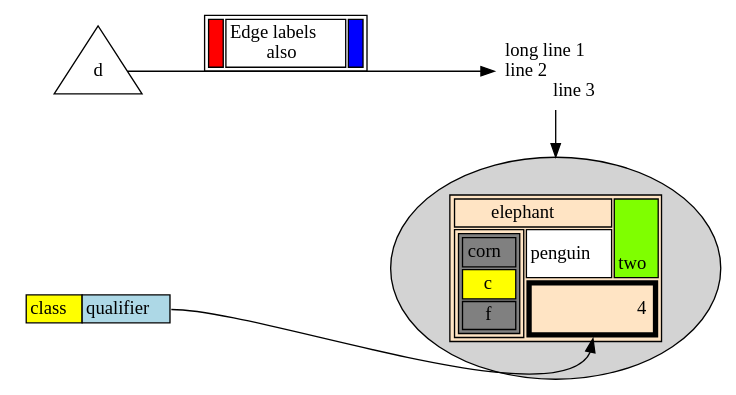
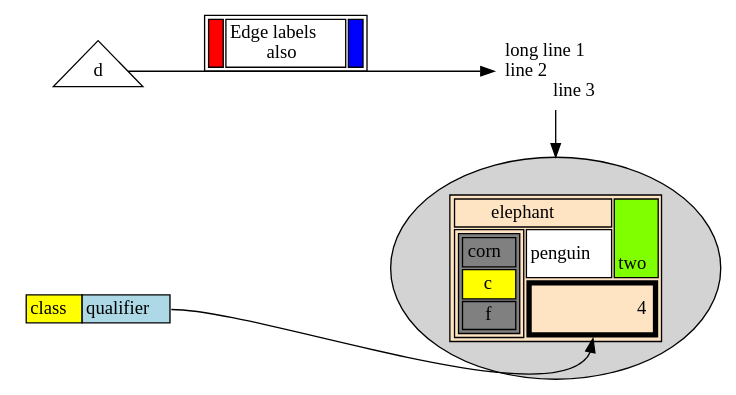
One commit to ellson/MOTHBALLED-graphviz changed the diagram in rtest/nshare/html2_dot.dot. Above: the diagram before and after it, drawn with Graphviz.

Commit message:
new baseline for regression tests for graphviz-2.18

```diff
--- a/rtest/nshare/html2_dot.dot
+++ b/rtest/nshare/html2_dot.dot
@@ -1,40 +1,40 @@
 digraph G {
 	graph [rankdir=LR];
 	node [label="\N", shape=plaintext];
-	graph [bb="0,0,444,271"];
+	graph [bb="0,0,458,271"];
 	{
 		graph [rank=same,
 			bb=""];
 		b [label=<
 <TABLE BGCOLOR="bisque">
   <TR><TD COLSPAN="3">elephant</TD> 
       <TD ROWSPAN="2" BGCOLOR="chartreuse" 
           VALIGN="bottom" ALIGN="right">two</TD> </TR>
   <TR><TD COLSPAN="2" ROWSPAN="2">
         <TABLE BGCOLOR="grey">
           <TR> <TD>corn</TD> </TR> 
           <TR> <TD BGCOLOR="yellow">c</TD> </TR> 
           <TR> <TD>f</TD> </TR> 
         </TABLE> </TD>
       <TD BGCOLOR="white">penguin</TD> 
   </TR> 
   <TR> <TD COLSPAN="2" BORDER="4" ALIGN="right" PORT="there">4</TD> </TR>
-</TABLE>>, shape=ellipse, style=filled, pos="345,80", width="2.72", height="2.24"];
-		c [label=<long line 1<BR/>line 2<BR ALIGN="LEFT"/>line 3<BR ALIGN="RIGHT"/>>, pos="345,225", width="1.06", height="0.81"];
+</TABLE>>, shape=ellipse, style=filled, pos="352,80", width="2.94", height="2.24"];
+		c [label=<long line 1<BR/>line 2<BR ALIGN="LEFT"/>line 3<BR ALIGN="RIGHT"/>>, pos="352,225", width="1.08", height="0.81"];
 	}
 	a [label=<
 <TABLE BORDER="0" CELLBORDER="1" CELLSPACING="0">
   <TR><TD ROWSPAN="3" BGCOLOR="yellow">class</TD></TR>
   <TR><TD PORT="here" BGCOLOR="lightblue">qualifier</TD></TR>
 </TABLE>>, pos="53,50", width="1.47", height="0.58"];
-	d [shape=triangle, pos="53,225", width="0.92", height="0.94"];
-	a:here -> b:there [arrowtail=diamond, pos="s,98,49 e,329,49 110,49 164,49 259,49 319,49"];
-	c -> b [pos="e,345,160 345,196 345,187 345,179 345,170"];
+	d [shape=triangle, pos="53,225", width="0.75", height="0.50"];
+	a:here -> b:there [arrowtail=diamond, pos="s,98,49 e,336,49 110,49 166,49 265,49 326,49"];
+	c -> b [pos="e,352,160 352,196 352,187 352,179 352,170"];
 	d -> c [label=<
 <TABLE>
   <TR><TD BGCOLOR="red" WIDTH="10"> </TD>
       <TD>Edge labels<BR/>also</TD>
       <TD BGCOLOR="blue" WIDTH="10"> </TD>
   </TR>
-</TABLE>>, pos="e,307,225 75,225 122,225 233,225 297,225", lp="176,248"];
+</TABLE>>, pos="e,313,225 71,225 117,225 235,225 303,225", lp="176,248"];
 }
```
